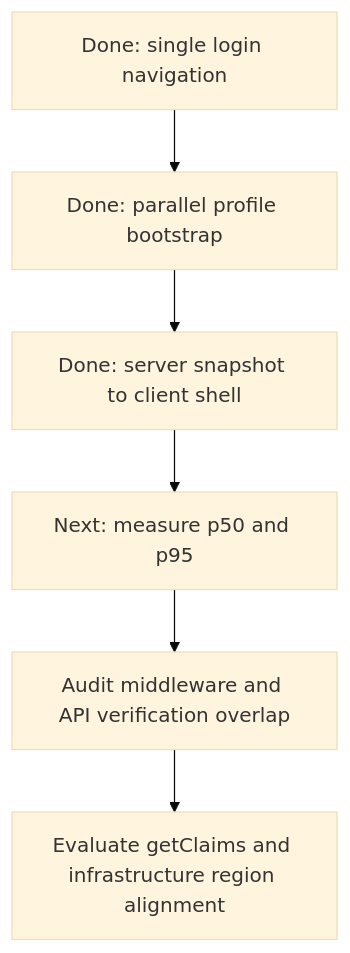
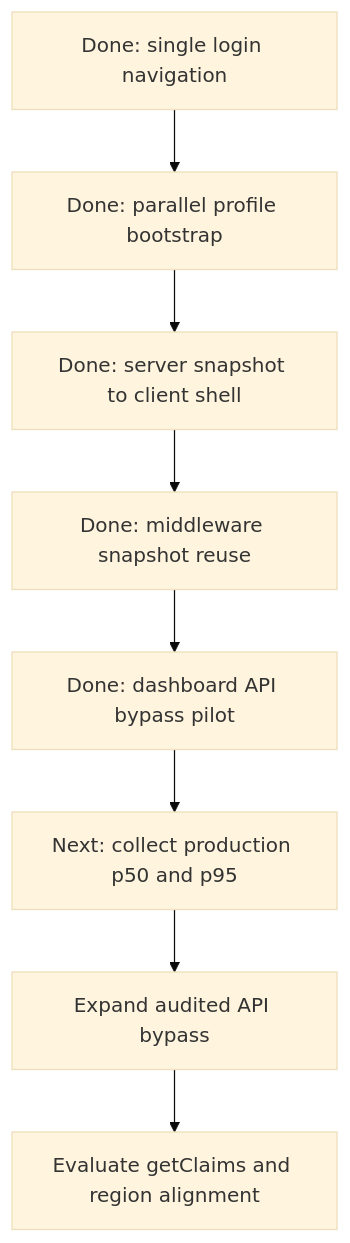
Before and after one commit to may24fc/sn-connect-app: the third of 3 diagrams in docs/features/authentication/optimization.md, drawn with Mermaid (base theme). The commit also changed other lines of this file and 15 other files, not shown here.

````diff
--- a/docs/features/authentication/optimization.md
+++ b/docs/features/authentication/optimization.md
@@ -61,8 +64,10 @@
 ```mermaid
 flowchart TB
     A[Done: single login navigation] --> B[Done: parallel profile bootstrap]
     B --> C[Done: server snapshot to client shell]
-    C --> D[Next: measure p50 and p95]
-    D --> E[Audit middleware and API verification overlap]
-    E --> F[Evaluate getClaims and infrastructure region alignment]
+    C --> D[Done: middleware snapshot reuse]
+    D --> E[Done: dashboard API bypass pilot]
+    E --> F[Next: collect production p50 and p95]
+    F --> G[Expand audited API bypass]
+    G --> H[Evaluate getClaims and region alignment]
 ```
````
